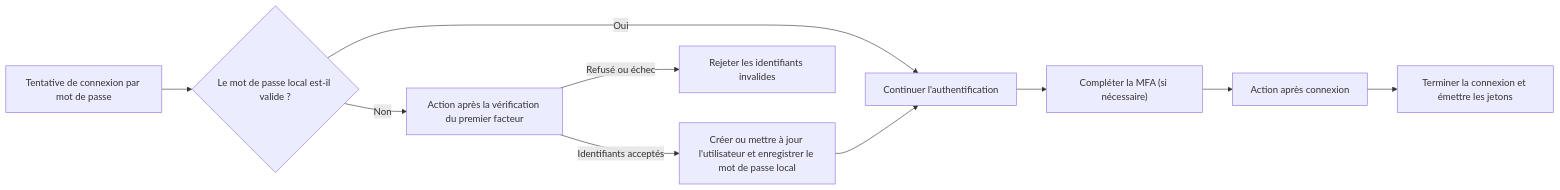
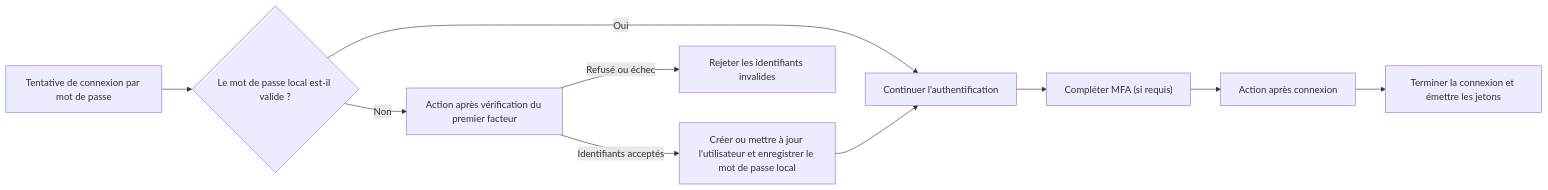
One commit to logto-io/docs changed the diagram in i18n/fr/docusaurus-plugin-content-docs/current/developers/actions/README.mdx. Above: the diagram before and after it, drawn with Mermaid. The commit also changed other lines of this file and 17 other files, not shown here.

````diff
--- a/i18n/fr/docusaurus-plugin-content-docs/current/developers/actions/README.mdx
+++ b/i18n/fr/docusaurus-plugin-content-docs/current/developers/actions/README.mdx
@@ -29,12 +29,12 @@
 ```mermaid
 flowchart LR
   A["Tentative de connexion par mot de passe"] --> B{"Le mot de passe local est-il valide ?"}
   B -->|"Oui"| E["Continuer l'authentification"]
-  B -->|"Non"| C["Action après la vérification du premier facteur"]
+  B -->|"Non"| C["Action après vérification du premier facteur"]
   C -->|"Identifiants acceptés"| D["Créer ou mettre à jour l'utilisateur et enregistrer le mot de passe local"]
   C -->|"Refusé ou échec"| X["Rejeter les identifiants invalides"]
   D --> E
-  E --> F["Compléter la MFA (si nécessaire)"]
+  E --> F["Compléter MFA (si requis)"]
   F --> G["Action après connexion"]
   G --> H["Terminer la connexion et émettre les jetons"]
 ```
````
